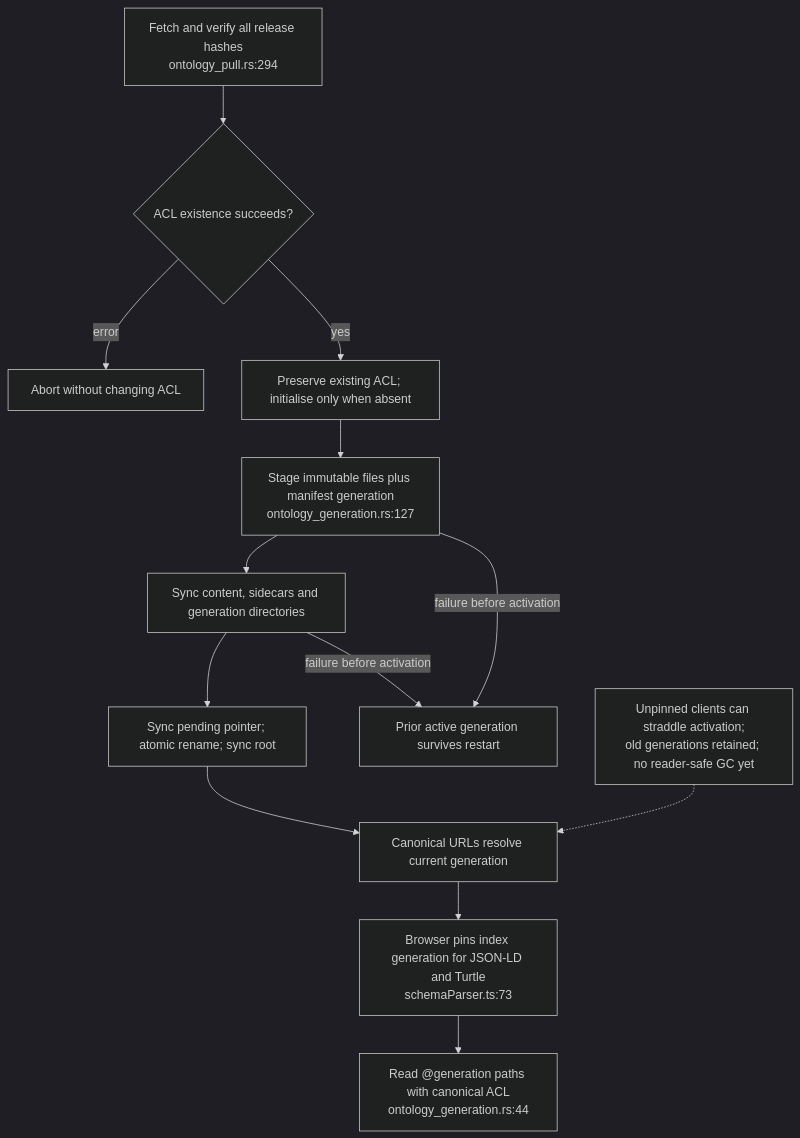
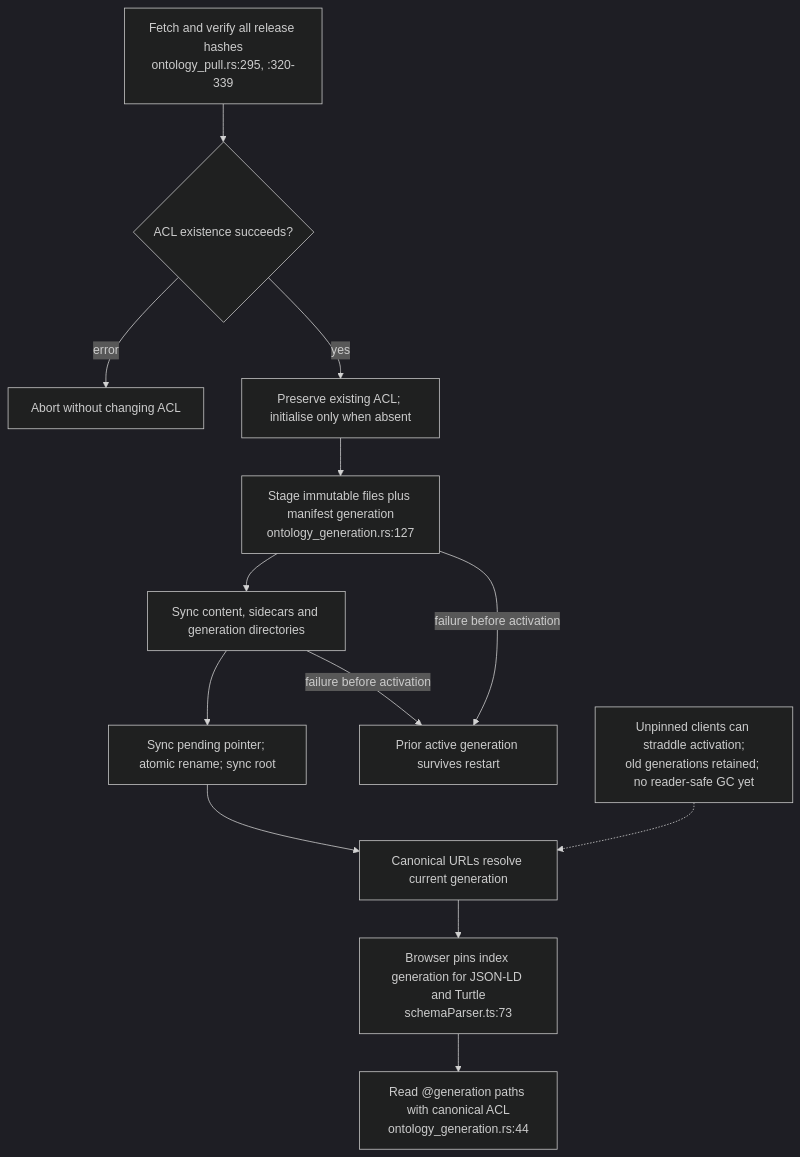
Before and after one commit to DreamLab-AI/VisionFlow: diagram 13 of 13 in docs/diagrams/visionclaw/26-solid-pod-and-jss.md, drawn with Mermaid (dark theme). The commit also changed other lines of this file and 173 other files, not shown here.

````diff
--- a/docs/diagrams/visionclaw/26-solid-pod-and-jss.md
+++ b/docs/diagrams/visionclaw/26-solid-pod-and-jss.md
@@ -535,15 +553,15 @@
 ```mermaid
 flowchart TD
-    Fetch["Fetch and verify all release hashes<br/>ontology_pull.rs:294"] --> Probe{"ACL existence succeeds?"}
+    Fetch["Fetch and verify all release hashes<br/>ontology_pull.rs:295, :320-339"] --> Probe{"ACL existence succeeds?"}
     Probe -->|error| Abort["Abort without changing ACL"]
     Probe -->|yes| ACL["Preserve existing ACL; initialise only when absent"]
     ACL --> Stage["Stage immutable files plus manifest generation<br/>ontology_generation.rs:127"]
     Stage --> Sync["Sync content, sidecars and generation directories"]
     Sync --> Activate["Sync pending pointer; atomic rename; sync root"]
     Stage -->|failure before activation| Old["Prior active generation survives restart"]
     Sync -->|failure before activation| Old
     Activate --> Canonical["Canonical URLs resolve current generation"]
     Canonical --> Pin["Browser pins index generation for JSON-LD and Turtle<br/>schemaParser.ts:73"]
     Pin --> Read["Read @generation paths with canonical ACL<br/>ontology_generation.rs:44"]
     Limit["Unpinned clients can straddle activation;<br/>old generations retained; no reader-safe GC yet"] -.-> Canonical
 ```
````
